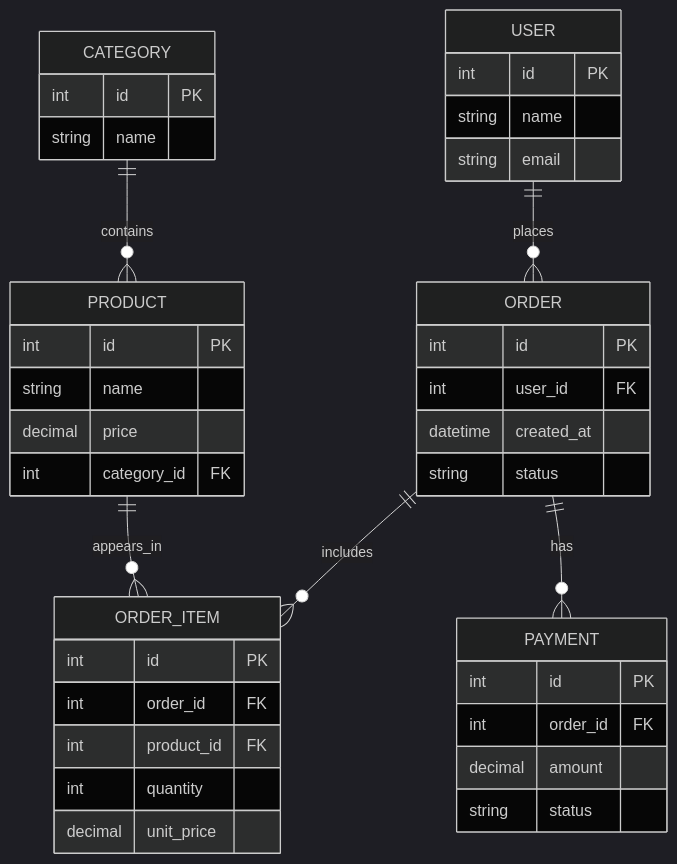
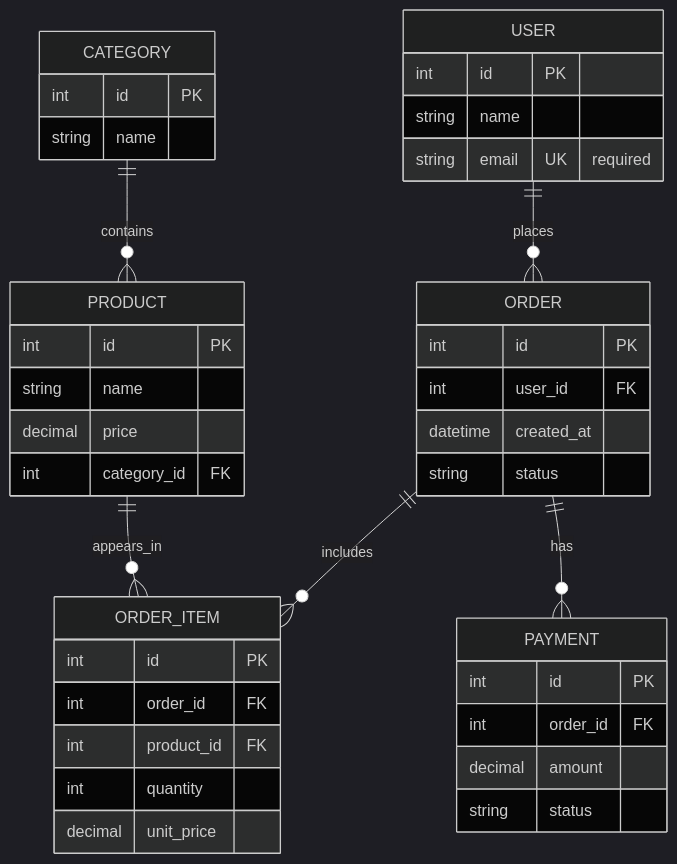
Before and after one commit to removvi/er-model-online-store: the diagram in model/er-diagram.md, drawn with Mermaid (dark theme).

Commit message:
fix: add unique email constraint to ER model

````diff
--- a/model/er-diagram.md
+++ b/model/er-diagram.md
@@ -4,48 +4,48 @@
 ```mermaid
 erDiagram
     USER {
         int id PK
         string name
-        string email
+        string email UK "required"
     }
 
     CATEGORY {
         int id PK
         string name
     }
 
     PRODUCT {
         int id PK
         string name
         decimal price
         int category_id FK
     }
 
     ORDER {
         int id PK
         int user_id FK
         datetime created_at
         string status
     }
 
     ORDER_ITEM {
         int id PK
         int order_id FK
         int product_id FK
         int quantity
         decimal unit_price
     }
 
     PAYMENT {
         int id PK
         int order_id FK
         decimal amount
         string status
     }
 
     USER ||--o{ ORDER : places
     CATEGORY ||--o{ PRODUCT : contains
     ORDER ||--o{ ORDER_ITEM : includes
     PRODUCT ||--o{ ORDER_ITEM : appears_in
     ORDER ||--o{ PAYMENT : has
 ```
````
